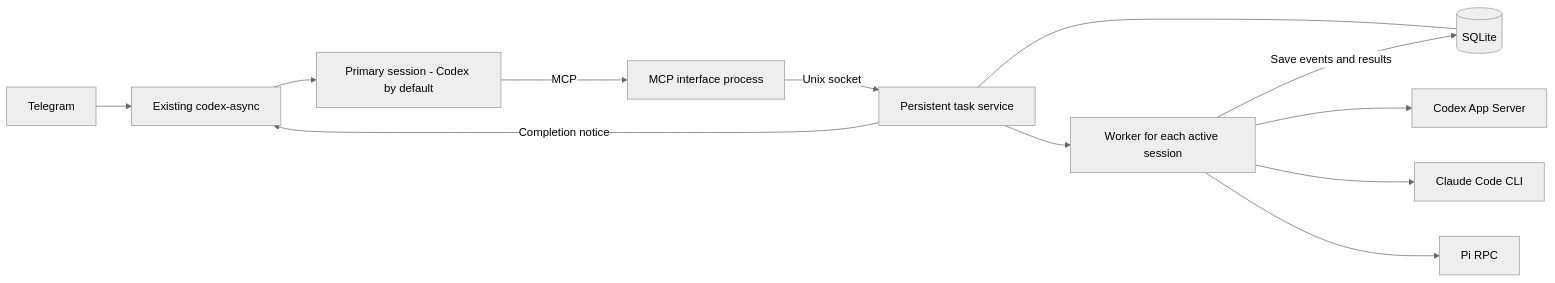
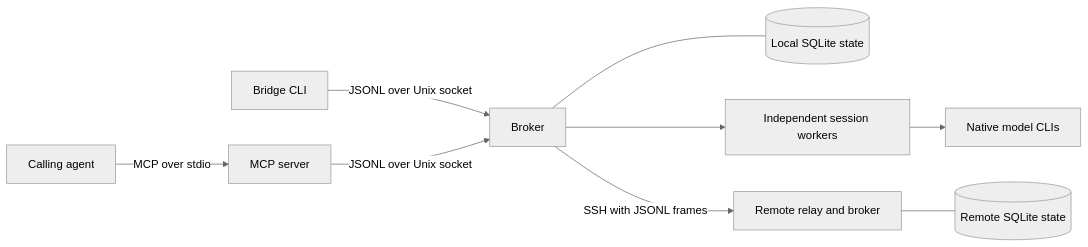
The diagram in docs/design.md (qinjian623/agent-bridge), drawn with Mermaid (neutral theme) before and after one commit. The commit also changed other lines of this file and 45 other files, not shown here.

````diff
--- a/docs/design.md
+++ b/docs/design.md
@@ -33,14 +9,11 @@
 ```mermaid
 flowchart LR
-    T[Telegram] --> A[Existing codex-async]
-    A --> M[Primary session - Codex by default]
-    M -->|MCP| G[MCP interface process]
-    G -->|Unix socket| B[Persistent task service]
-    B --- D[(SQLite)]
-    B --> W[Worker for each active session]
-    W --> C[Codex App Server]
-    W --> H[Claude Code CLI]
-    W --> P[Pi RPC]
-    W -->|Save events and results| D
-    B -->|Completion notice| A
+    A[Calling agent] -->|MCP over stdio| M[MCP server]
+    C[Bridge CLI] -->|JSONL over Unix socket| B[Broker]
+    M -->|JSONL over Unix socket| B
+    B --- D[(Local SQLite state)]
+    B --> W[Independent session workers]
+    W --> N[Native model CLIs]
+    B -->|SSH with JSONL frames| R[Remote relay and broker]
+    R --- S[(Remote SQLite state)]
 ```
````
